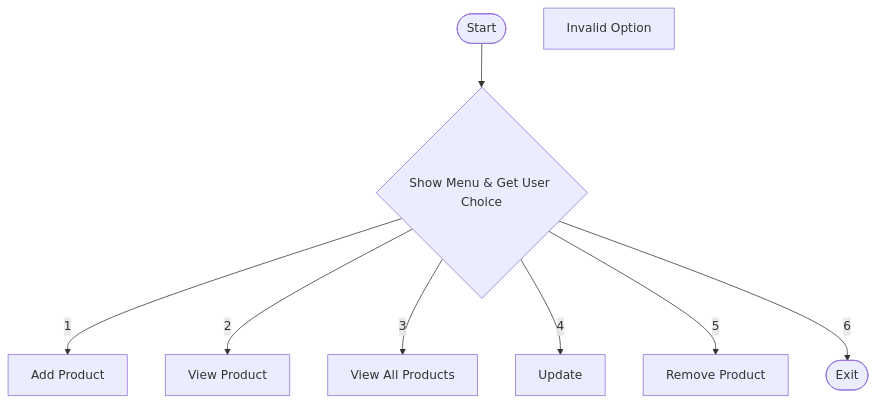
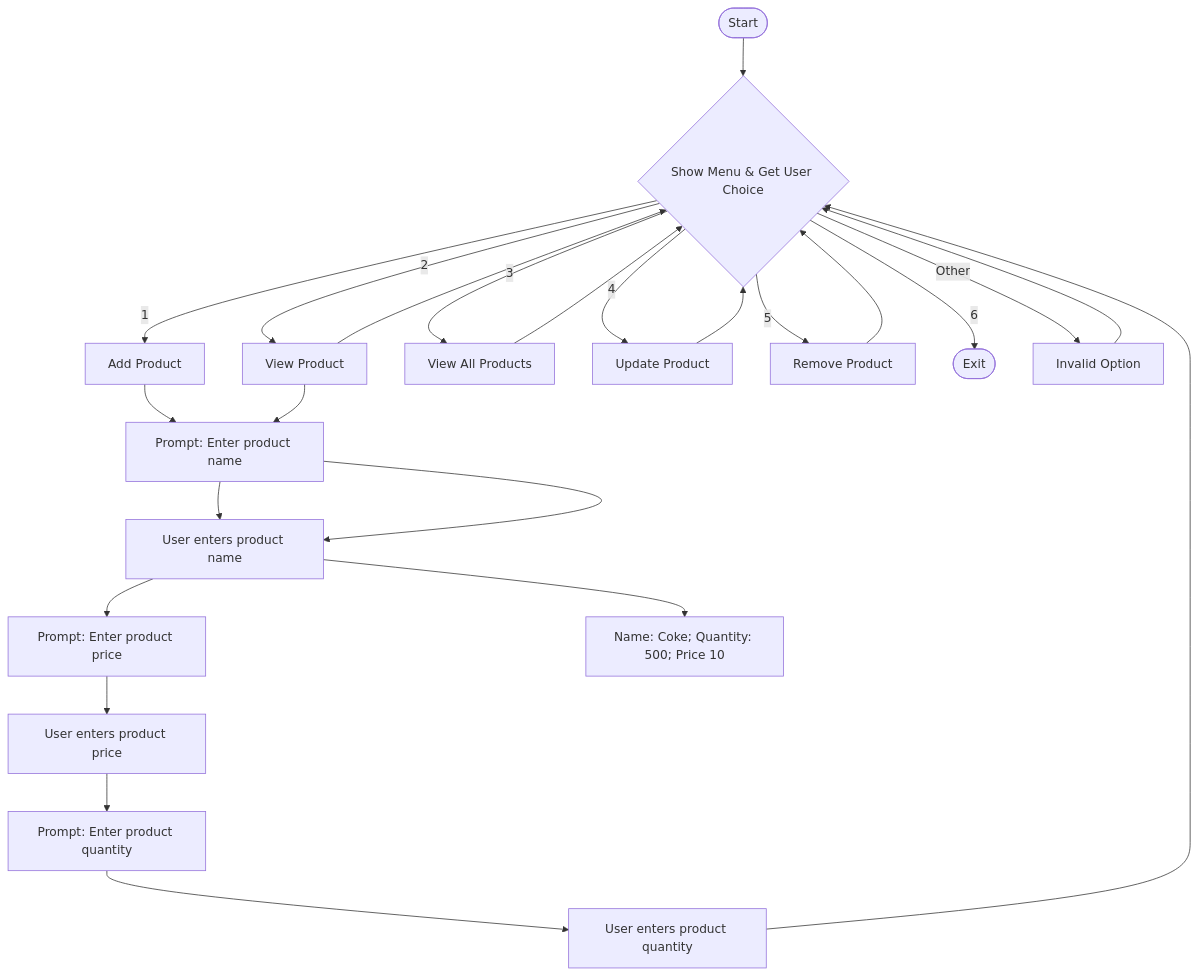
One commit to AdrianM10/inventory-mgmt-system changed the diagram in flowchart.mmd. Above: the diagram before and after it, drawn with Mermaid.

Commit message:
Update steps for adding product to inventory

```diff
--- a/flowchart.mmd
+++ b/flowchart.mmd
@@ -1,17 +1,34 @@
 flowchart TD
     Start([Start])
     Menu{Show Menu & Get User Choice}
     Add[Add Product]
+    GetProductName[Prompt: Enter product name]
+    SetProductName[User enters product name]
+    GetProductPrice[Prompt: Enter product price]
+    SetProductPrice[User enters product price]
+    GetProductQty[Prompt: Enter product quantity]
+    SetProductQty[User enters product quantity]
     ViewOne[View Product]
+    DisplayProduct[Name: Coke; Quantity: 500; Price 10]
     ViewAll[View All Products]
+    Update[Update Product]
     Remove["Remove Product"]
     Exit([Exit])
     Invalid[Invalid Option]
 
     Start --> Menu
     Menu -->|1| Add
+    Add --> GetProductName --> SetProductName --> GetProductPrice --> SetProductPrice --> GetProductQty --> SetProductQty --> Menu
     Menu -->|2| ViewOne
+    ViewOne --> GetProductName --> SetProductName --> DisplayProduct
     Menu -->|3| ViewAll
     Menu -->|4| Update
     Menu -->|5| Remove
     Menu -->|6| Exit
+    Menu -->|Other| Invalid
+  
+    ViewOne --> Menu
+    ViewAll --> Menu
+    Update --> Menu
+    Remove --> Menu
+    Invalid --> Menu
```
